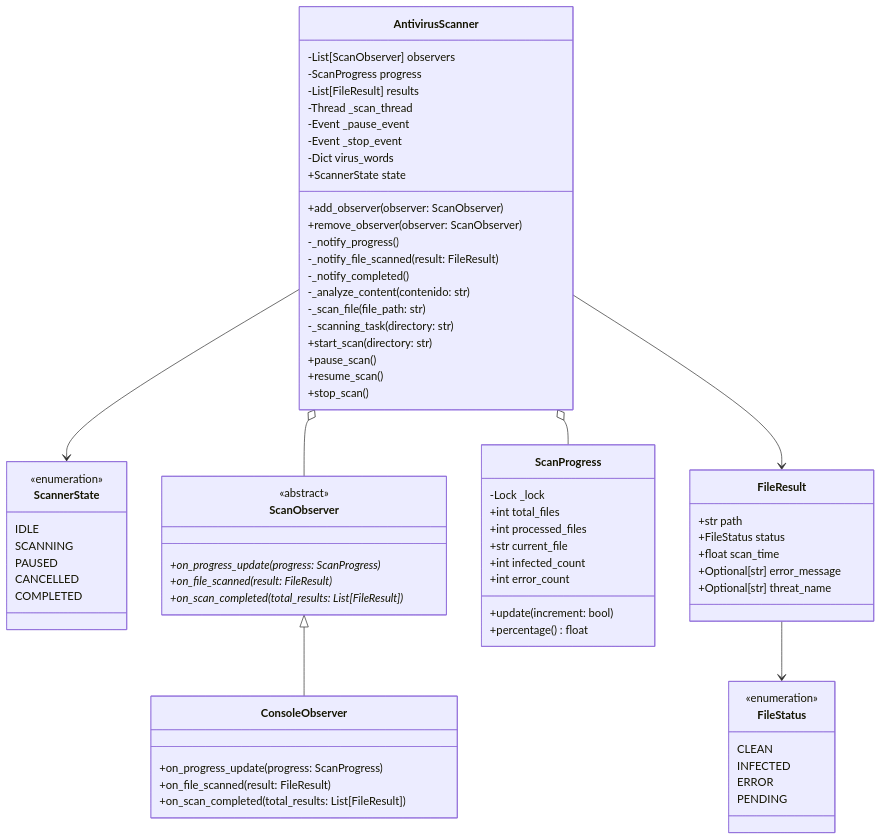
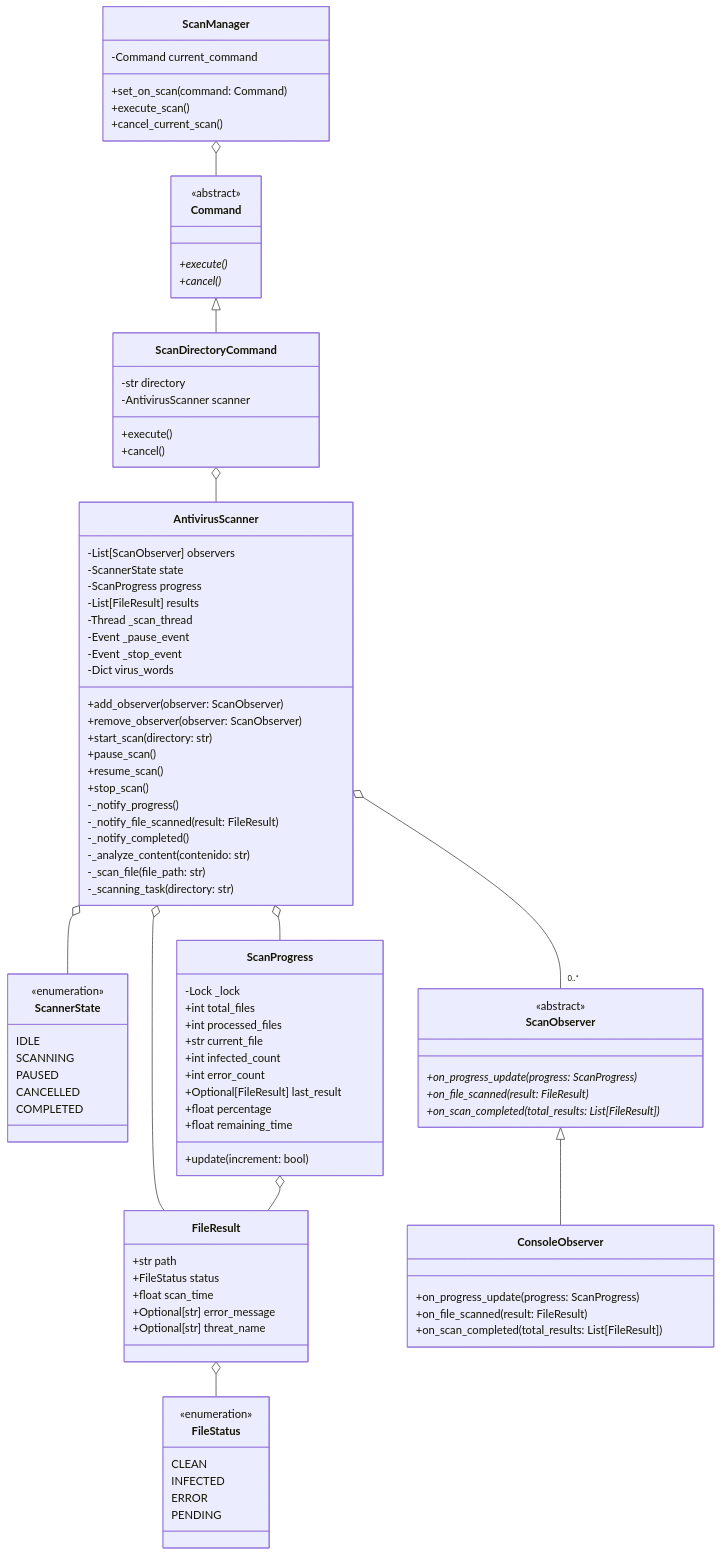
One commit to LeoMorales/deas-task-visualization-python changed the diagram in readme.md. Above: the diagram before and after it, drawn with Mermaid.

Commit message:
update diagram

````diff
--- a/readme.md
+++ b/readme.md
@@ -40,8 +40,10 @@
         +str current_file
         +int infected_count
         +int error_count
+        +Optional[FileResult] last_result
         +update(increment: bool)
-        +percentage() float
+        +float percentage
+        +float remaining_time
     }
 
     class ScanObserver {
@@ -59,32 +61,56 @@
 
     class AntivirusScanner {
         -List[ScanObserver] observers
+        -ScannerState state
         -ScanProgress progress
         -List[FileResult] results
         -Thread _scan_thread
         -Event _pause_event
         -Event _stop_event
         -Dict virus_words
-        +ScannerState state
         +add_observer(observer: ScanObserver)
         +remove_observer(observer: ScanObserver)
+        +start_scan(directory: str)
+        +pause_scan()
+        +resume_scan()
+        +stop_scan()
         -_notify_progress()
         -_notify_file_scanned(result: FileResult)
         -_notify_completed()
         -_analyze_content(contenido: str)
         -_scan_file(file_path: str)
         -_scanning_task(directory: str)
-        +start_scan(directory: str)
-        +pause_scan()
-        +resume_scan()
-        +stop_scan()
+    }
+
+    class Command {
+        <<abstract>>
+        +execute()*
+        +cancel()*
+    }
+
+    class ScanDirectoryCommand {
+        -str directory
+        -AntivirusScanner scanner
+        +execute()
+        +cancel()
+    }
+
+    class ScanManager {
+        -Command current_command
+        +set_on_scan(command: Command)
+        +execute_scan()
+        +cancel_current_scan()
     }
 
     ScanObserver <|-- ConsoleObserver
-    AntivirusScanner o-- ScanObserver
+    Command <|-- ScanDirectoryCommand
     AntivirusScanner o-- ScanProgress
-    AntivirusScanner --> FileResult
-    AntivirusScanner --> ScannerState
-    FileResult --> FileStatus
+    AntivirusScanner o-- FileResult
+    AntivirusScanner o-- "0..*" ScanObserver
+    ScanDirectoryCommand o-- AntivirusScanner
+    ScanManager o-- Command
+    FileResult o-- FileStatus
+    AntivirusScanner o-- ScannerState
+    ScanProgress o-- FileResult
   
 ```
````
